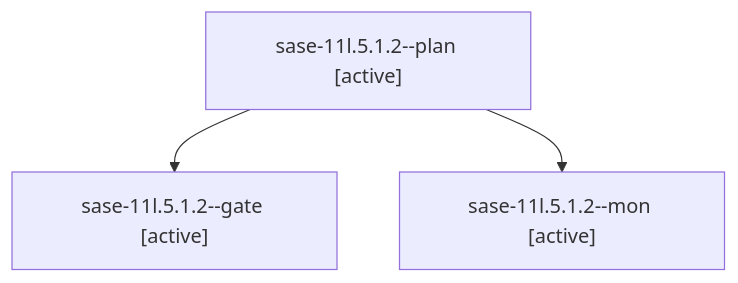
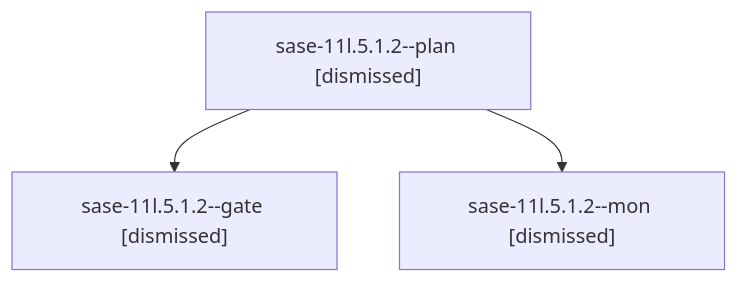
Before and after one commit to sase-org/sase--agents: the diagram in sessions/bbugyi200.athena.sase-11l.5.1.2.md, drawn with Mermaid. The commit also changed other lines of this file and 204 other files, not shown here.

````diff
--- a/sessions/bbugyi200.athena.sase-11l.5.1.2.md
+++ b/sessions/bbugyi200.athena.sase-11l.5.1.2.md
@@ -9,8 +9,8 @@
 ```mermaid
 flowchart TD
-  n0["sase-11l.5.1.2--plan [active]"]
-  n1["sase-11l.5.1.2--gate [active]"]
+  n0["sase-11l.5.1.2--plan [dismissed]"]
+  n1["sase-11l.5.1.2--gate [dismissed]"]
   n0 --> n1
-  n2["sase-11l.5.1.2--mon [active]"]
+  n2["sase-11l.5.1.2--mon [dismissed]"]
   n0 --> n2
 ```
````
